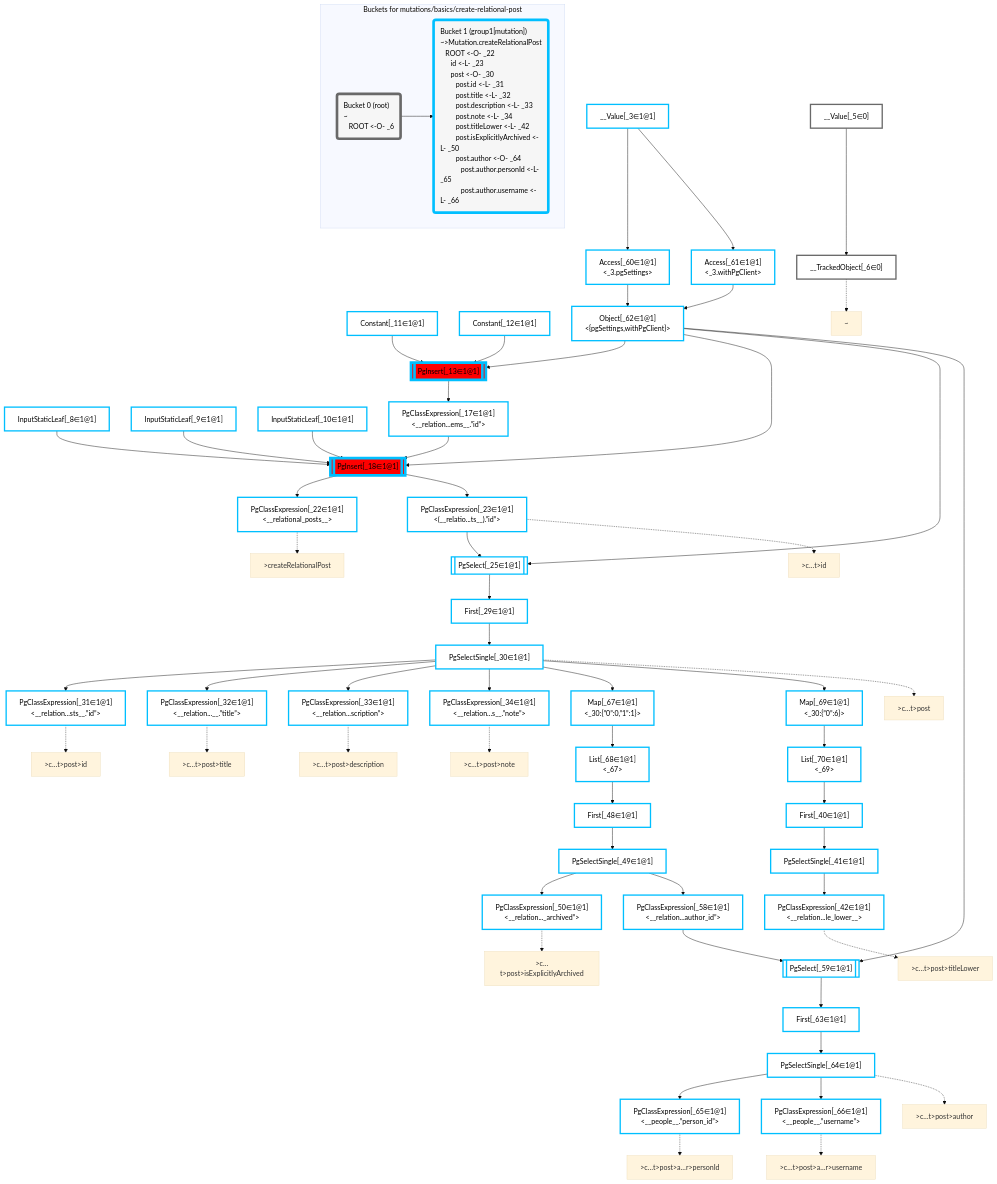
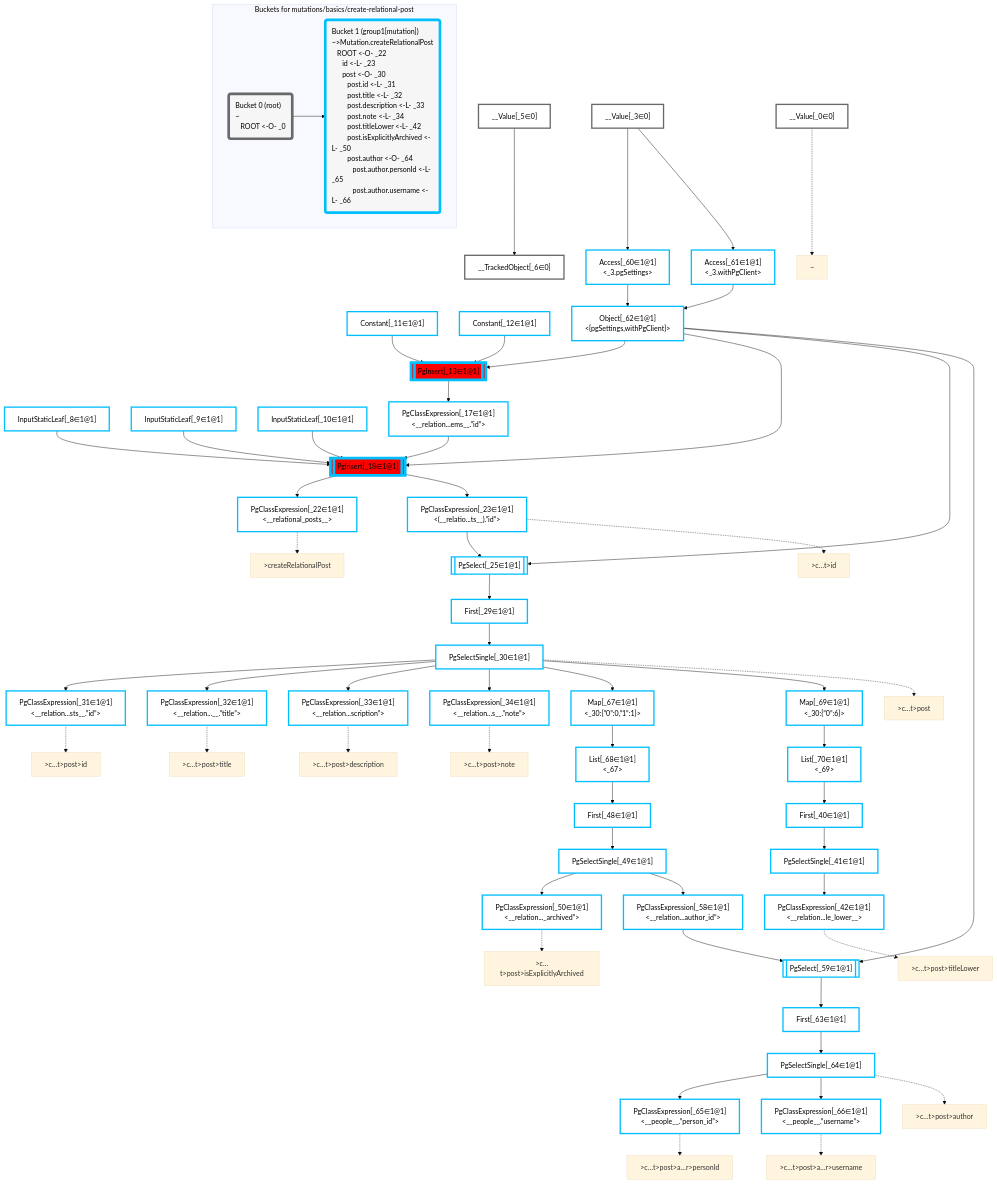
The diagram in packages/dataplan-pg/__tests__/mutations/basics/create-relational-post.deopt.mermaid.md (graphile/crystal), drawn with Mermaid (base theme) before and after one commit. The commit also changed 193 other files, not shown here.

Commit message:
Update test plan snapshots with new root plan

```diff
--- a/packages/dataplan-pg/__tests__/mutations/basics/create-relational-post.deopt.mermaid.md
+++ b/packages/dataplan-pg/__tests__/mutations/basics/create-relational-post.deopt.mermaid.md
@@ -8,7 +8,8 @@
 
 
     %% define plans
-    __Value_3["__Value[_3∈1@1]<br /><context>"]:::plan
+    __Value_0["__Value[_0∈0]"]:::plan
+    __Value_3["__Value[_3∈0]<br /><context>"]:::plan
     __Value_5["__Value[_5∈0]<br /><rootValue>"]:::plan
     __TrackedObject_6["__TrackedObject[_6∈0]"]:::plan
     InputStaticLeaf_8["InputStaticLeaf[_8∈1@1]"]:::plan
@@ -92,8 +93,8 @@
     Map_69 --> List_70
 
     %% plan-to-path relationships
-    P_6["~"]
-    __TrackedObject_6 -.-> P_6
+    P_0["~"]
+    __Value_0 -.-> P_0
     P_22[">createRelationalPost"]
     PgClassExpression_22 -.-> P_22
     P_23[">c…t>id"]
@@ -121,12 +122,12 @@
 
     %% allocate buckets
     classDef bucket0 stroke:#696969
-    class __Value_5,__TrackedObject_6 bucket0
+    class __Value_0,__Value_3,__Value_5,__TrackedObject_6 bucket0
     classDef bucket1 stroke:#00bfff
-    class __Value_3,InputStaticLeaf_8,InputStaticLeaf_9,InputStaticLeaf_10,Constant_11,Constant_12,PgInsert_13,PgClassExpression_17,PgInsert_18,PgClassExpression_22,PgClassExpression_23,PgSelect_25,First_29,PgSelectSingle_30,PgClassExpression_31,PgClassExpression_32,PgClassExpression_33,PgClassExpression_34,First_40,PgSelectSingle_41,PgClassExpression_42,First_48,PgSelectSingle_49,PgClassExpression_50,PgClassExpression_58,PgSelect_59,Access_60,Access_61,Object_62,First_63,PgSelectSingle_64,PgClassExpression_65,PgClassExpression_66,Map_67,List_68,Map_69,List_70 bucket1
+    class InputStaticLeaf_8,InputStaticLeaf_9,InputStaticLeaf_10,Constant_11,Constant_12,PgInsert_13,PgClassExpression_17,PgInsert_18,PgClassExpression_22,PgClassExpression_23,PgSelect_25,First_29,PgSelectSingle_30,PgClassExpression_31,PgClassExpression_32,PgClassExpression_33,PgClassExpression_34,First_40,PgSelectSingle_41,PgClassExpression_42,First_48,PgSelectSingle_49,PgClassExpression_50,PgClassExpression_58,PgSelect_59,Access_60,Access_61,Object_62,First_63,PgSelectSingle_64,PgClassExpression_65,PgClassExpression_66,Map_67,List_68,Map_69,List_70 bucket1
 
     subgraph "Buckets for mutations/basics/create-relational-post"
-    Bucket0("Bucket 0 (root)<br />~<br />⠀ROOT <-O- _6"):::bucket
+    Bucket0("Bucket 0 (root)<br />~<br />⠀ROOT <-O- _0"):::bucket
     style Bucket0 stroke:#696969
     Bucket1("Bucket 1 (group1[mutation])<br />~>Mutation.createRelationalPost<br />⠀ROOT <-O- _22<br />⠀⠀id <-L- _23<br />⠀⠀post <-O- _30<br />⠀⠀⠀post.id <-L- _31<br />⠀⠀⠀post.title <-L- _32<br />⠀⠀⠀post.description <-L- _33<br />⠀⠀⠀post.note <-L- _34<br />⠀⠀⠀post.titleLower <-L- _42<br />⠀⠀⠀post.isExplicitlyArchived <-L- _50<br />⠀⠀⠀post.author <-O- _64<br />⠀⠀⠀⠀post.author.personId <-L- _65<br />⠀⠀⠀⠀post.author.username <-L- _66"):::bucket
     style Bucket1 stroke:#00bfff
```
